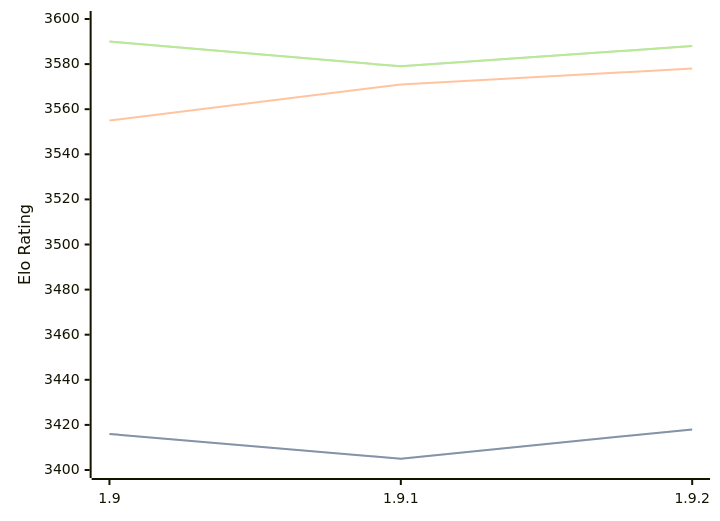
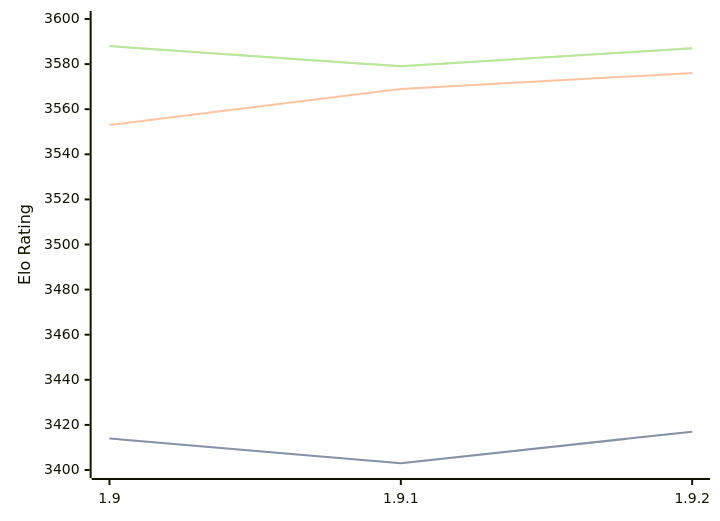
The diagram in engines/Pawnocchio.md (computer-chess-index/cci), drawn with Mermaid before and after one commit. The commit also changed other lines of this file, not shown here.

Commit message:
Update CCI Ratings (ELO VLTC) - 2026-03-08

````diff
--- a/engines/Pawnocchio.md
+++ b/engines/Pawnocchio.md
@@ -46,11 +46,11 @@
 ```mermaid
 %%{init: {"theme":"base","themeVariables":{"seriesColors:['#a3a3a3','#222221','#faa371']}}}%%
 xychart-beta
   x-axis ["1.9", "1.9.1", "1.9.2"]
   y-axis "Elo Rating" 3400 --> 3600
-  line "STC (8.0+0.08s)" [3416, 3405, 3418]
-  line "STC (8.0+0.08s)" [3416, 3405, 3418]
-  line "LTC (60.0+0.60s)" [3555, 3571, 3578]
-  line "VLTC (2m24s+1.12s)" [3590, 3579, 3588]
-  line "VLTC (2m24s+1.12s)" [3590, 3579, 3588]
+  line "STC (8.0+0.08s)" [3414, 3403, 3417]
+  line "STC (8.0+0.08s)" [3414, 3403, 3417]
+  line "LTC (60.0+0.60s)" [3553, 3569, 3576]
+  line "VLTC (2m24s+1.12s)" [3588, 3579, 3587]
+  line "VLTC (2m24s+1.12s)" [3588, 3579, 3587]
 ```
````
